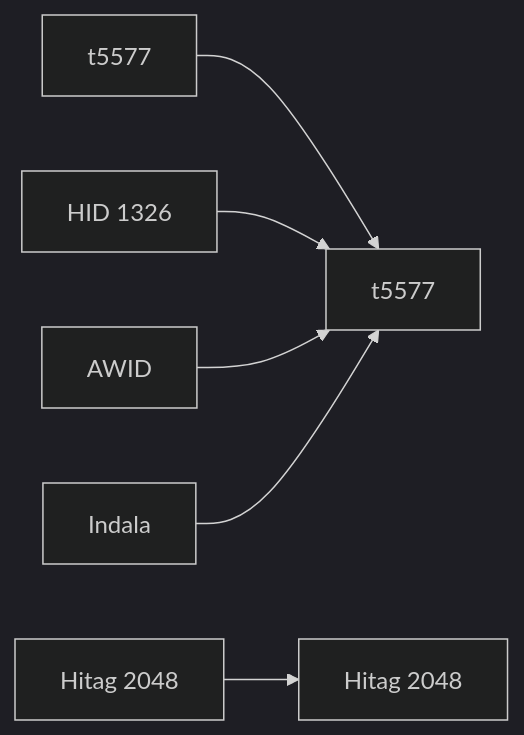
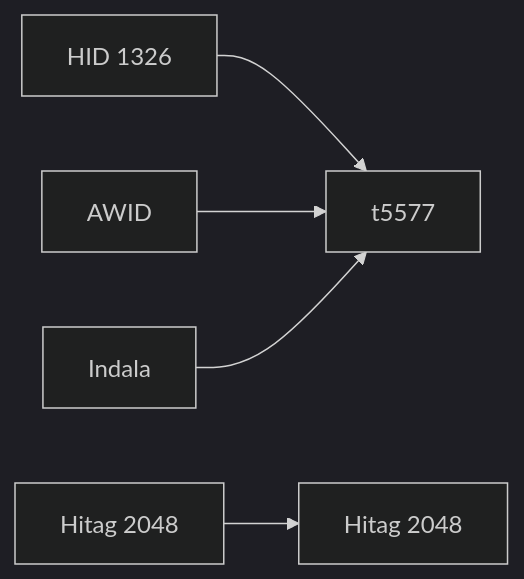
One commit to dangerous-tac0s/pm3_documentation changed the diagram in LOW_FREQUENCY_CHIPS.md. Above: the diagram before and after it, drawn with Mermaid (dark theme).

````diff
--- a/LOW_FREQUENCY_CHIPS.md
+++ b/LOW_FREQUENCY_CHIPS.md
@@ -5,9 +5,9 @@
 ```mermaid
   flowchart LR;
-      A1[t5577]--> B1[t5577];
+      B1[t5577];
       A2[HID 1326] --> B1;
       A3[AWID] --> B1;
       A4[Indala] --> B1;
       AX[Hitag 2048] --> B2[Hitag 2048];
 
 ```
````
